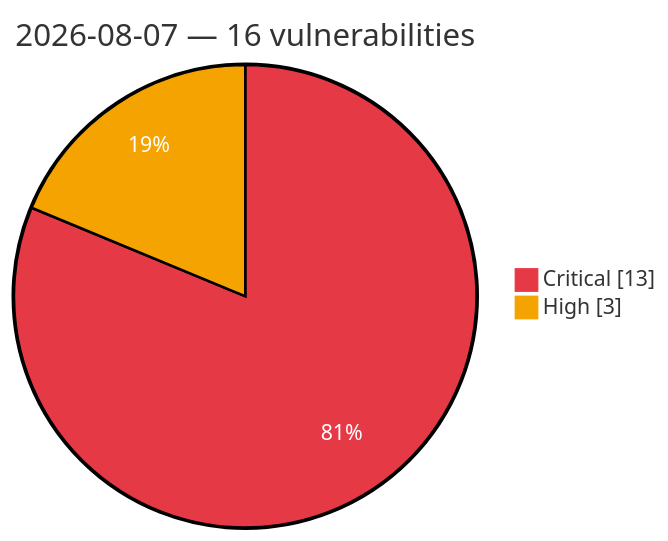
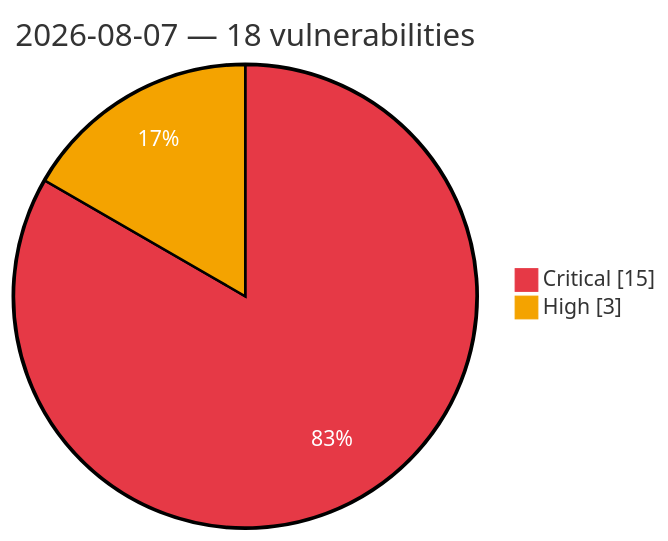
One commit to GhostX0X/vuln-tracker changed the diagram in vulnerabilities/2026-08-07.md. Above: the diagram before and after it, drawn with Mermaid. The commit also changed other lines of this file and 2 other files, not shown here.

Commit message:
Auto update: critical/high vulns (2026-08-07 06:45 UTC)

````diff
--- a/vulnerabilities/2026-08-07.md
+++ b/vulnerabilities/2026-08-07.md
@@ -3,7 +3,7 @@
 ```mermaid
 %%{init: {'theme':'base', 'themeVariables': {'pie1':'#e63946', 'pie2':'#f4a300', 'pieOpacity':'1', 'pieOuterStrokeWidth':'2px', 'pieSectionTextColor':'#ffffff'}}}%%
 pie showData
-    title 2026-08-07 — 16 vulnerabilities
-    "Critical" : 13
+    title 2026-08-07 — 18 vulnerabilities
+    "Critical" : 15
     "High" : 3
 ```
````
